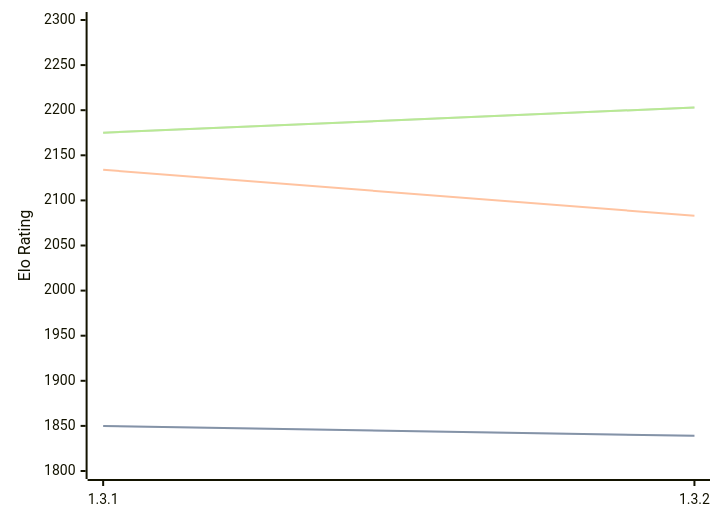
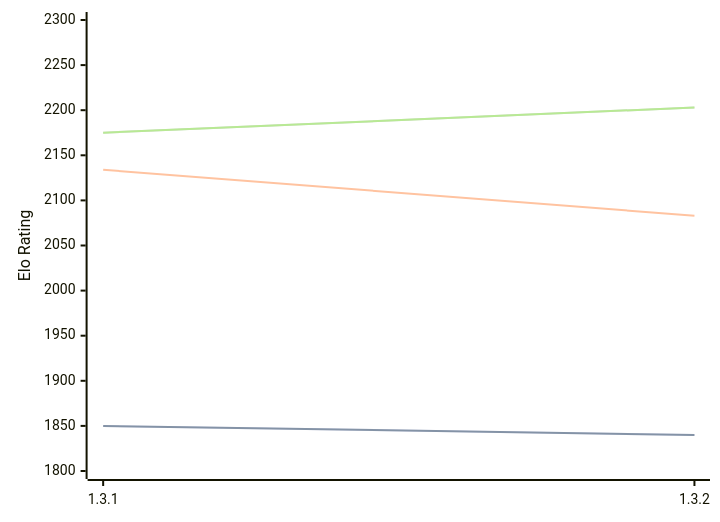
Before and after one commit to computer-chess-index/cci: the diagram in engines/Zugblitz.md, drawn with Mermaid. The commit also changed other lines of this file, not shown here.

````diff
--- a/engines/Zugblitz.md
+++ b/engines/Zugblitz.md
@@ -32,11 +32,11 @@
 ```mermaid
 %%{init: {"theme":"base","themeVariables":{"seriesColors:['#a3a3a3','#222221','#faa371']}}}%%
 xychart-beta
   x-axis ["1.3.1", "1.3.2"]
   y-axis "Elo Rating" 1800 --> 2300
-  line "STC (8.0+0.08s)" [1850, 1839]
-  line "STC (8.0+0.08s)" [1850, 1839]
+  line "STC (8.0+0.08s)" [1850, 1840]
+  line "STC (8.0+0.08s)" [1850, 1840]
   line "LTC (60.0+0.60s)" [2134, 2083]
   line "VLTC (2m24s+1.12s)" [2175, 2203]
   line "VLTC (2m24s+1.12s)" [2175, 2203]
 ```
````
